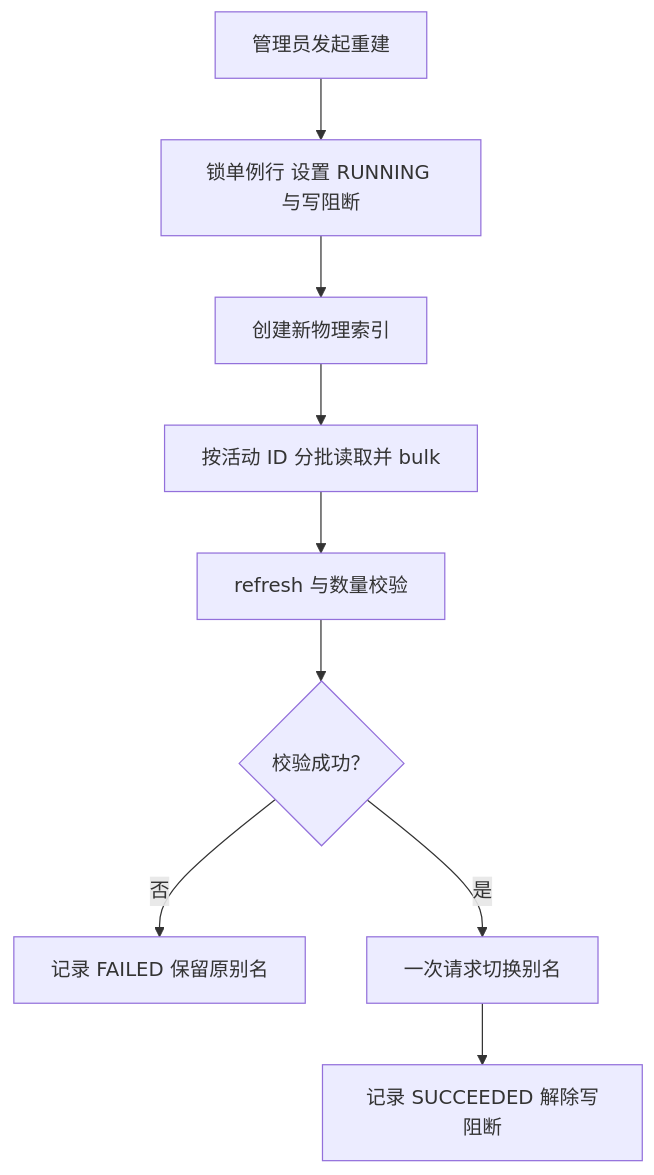
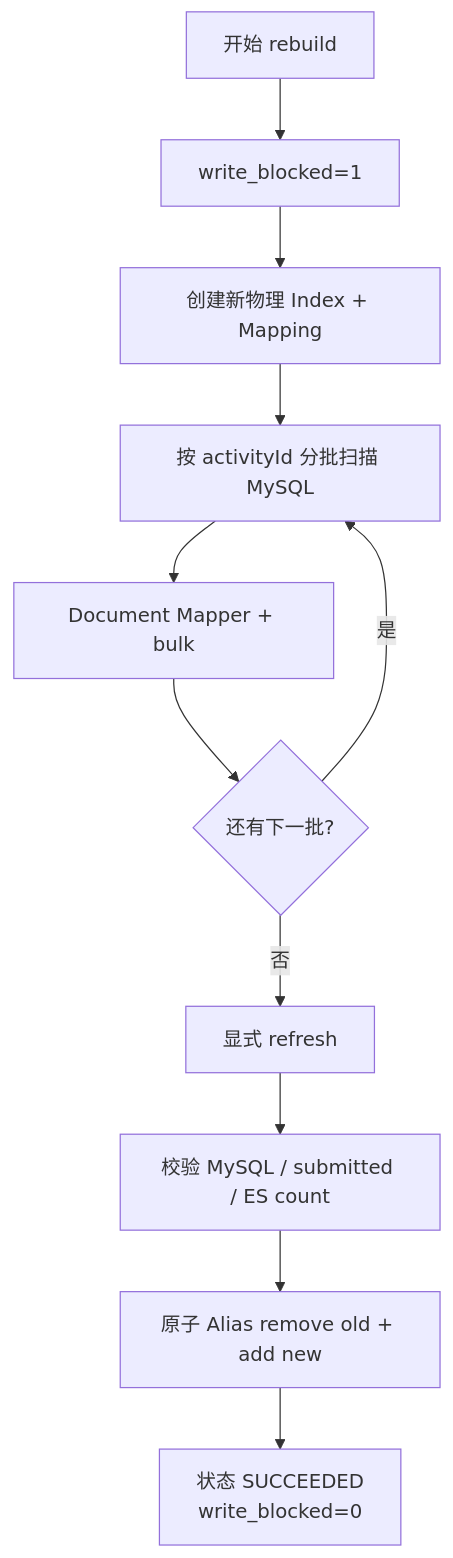
Before and after one commit to SyH-101/citypass-platform: diagram 16 of 24 in 03-全文检索与索引治理.md, drawn with Mermaid. The commit also changed other lines of this file, not shown here.

````diff
--- a/03-全文检索与索引治理.md
+++ b/03-全文检索与索引治理.md
@@ -1437,11 +984,13 @@
 ```mermaid
 flowchart TD
-    A["管理员发起重建"] --> B["锁单例行 设置 RUNNING 与写阻断"]
-    B --> C["创建新物理索引"]
-    C --> D["按活动 ID 分批读取并 bulk"]
-    D --> E["refresh 与数量校验"]
-    E --> F{"校验成功？"}
-    F -->|否| G["记录 FAILED 保留原别名"]
-    F -->|是| H["一次请求切换别名"]
-    H --> I["记录 SUCCEEDED 解除写阻断"]
+    A["开始 rebuild"] --> B["write_blocked=1"]
+    B --> C["创建新物理 Index + Mapping"]
+    C --> D["按 activityId 分批扫描 MySQL"]
+    D --> E["Document Mapper + bulk"]
+    E --> F{"还有下一批?"}
+    F -->|"是"| D
+    F -->|"否"| G["显式 refresh"]
+    G --> H["校验 MySQL / submitted / ES count"]
+    H --> I["原子 Alias remove old + add new"]
+    I --> J["状态 SUCCEEDED<br/>write_blocked=0"]
 ```
````
